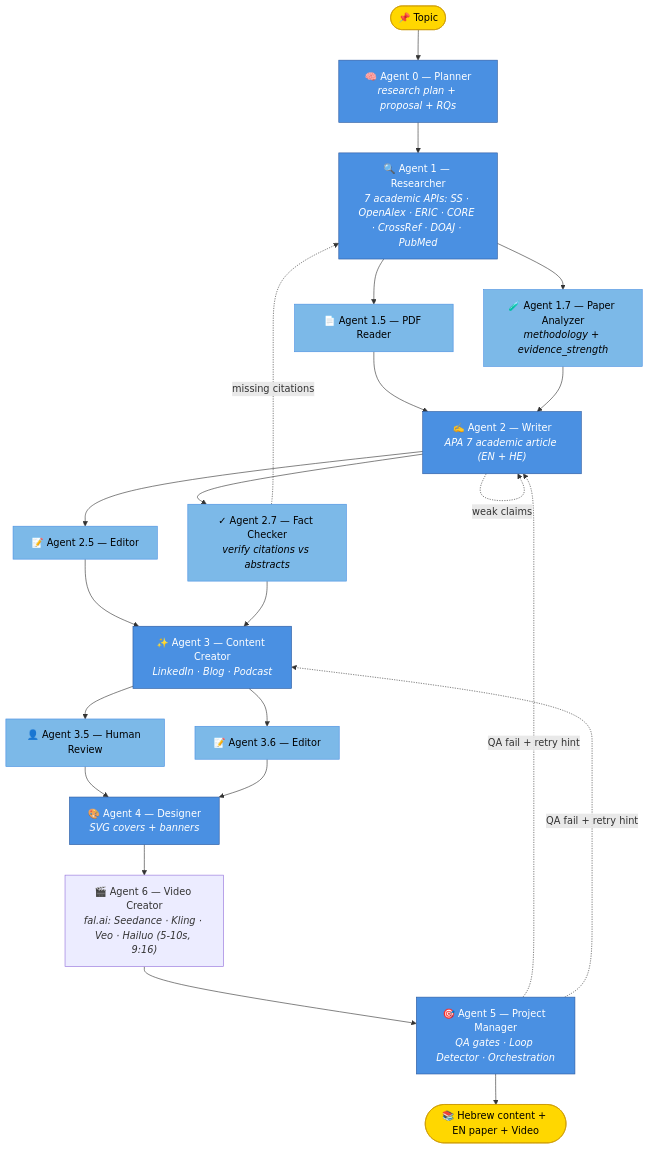
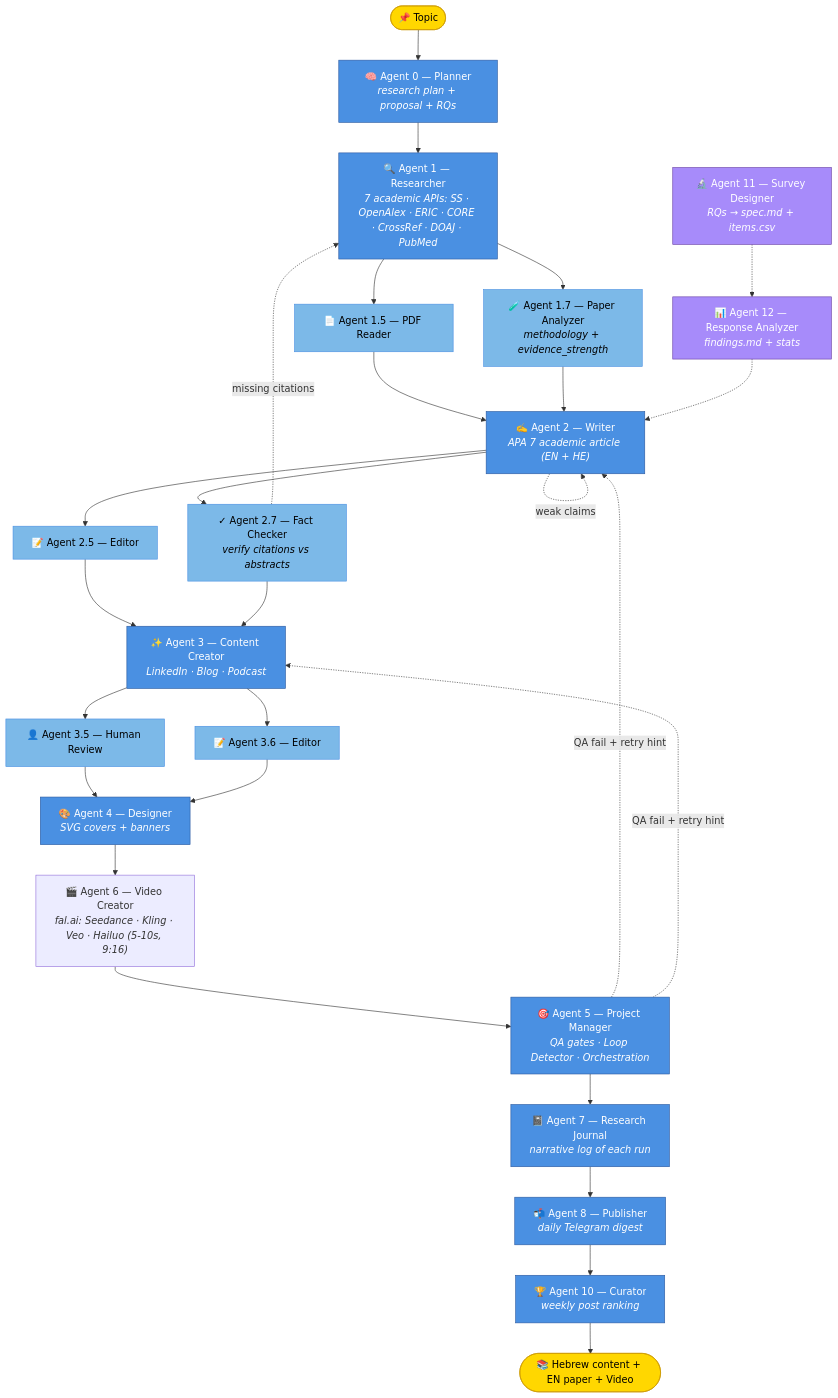
One commit to pazer30-jpg/education-agents changed the diagram in README.md. Above: the diagram before and after it, drawn with Mermaid. The commit also changed other lines of this file, not shown here.

First line of the commit message:
README: add autonomy / injection-defense / primary-research sections

````diff
--- a/README.md
+++ b/README.md
@@ -45,43 +46,53 @@
 ```mermaid
 flowchart TD
     Topic([📌 Topic]) --> A0
 
     A0["🧠 Agent 0 — Planner<br/><i>research plan + proposal + RQs</i>"] --> A1
     A1["🔍 Agent 1 — Researcher<br/><i>7 academic APIs: SS · OpenAlex · ERIC · CORE · CrossRef · DOAJ · PubMed</i>"]
     A1 --> A15["📄 Agent 1.5 — PDF Reader"]
     A1 --> A17["🧪 Agent 1.7 — Paper Analyzer<br/><i>methodology + evidence_strength</i>"]
     A15 --> A2
     A17 --> A2
 
     A2["✍️ Agent 2 — Writer<br/><i>APA 7 academic article (EN + HE)</i>"]
     A2 --> A25["📝 Agent 2.5 — Editor"]
     A2 --> A27["✓ Agent 2.7 — Fact Checker<br/><i>verify citations vs abstracts</i>"]
     A25 --> A3
     A27 --> A3
 
     A3["✨ Agent 3 — Content Creator<br/><i>LinkedIn · Blog · Podcast</i>"]
     A3 --> A35["👤 Agent 3.5 — Human Review"]
     A3 --> A36["📝 Agent 3.6 — Editor"]
     A35 --> A4
     A36 --> A4
 
     A4["🎨 Agent 4 — Designer<br/><i>SVG covers + banners</i>"]
     A4 --> A6
     A6["🎬 Agent 6 — Video Creator<br/><i>fal.ai: Seedance · Kling · Veo · Hailuo (5-10s, 9:16)</i>"]
     A6 --> A5
 
-    A5["🎯 Agent 5 — Project Manager<br/><i>QA gates · Loop Detector · Orchestration</i>"] --> Output([📚 Hebrew content + EN paper + Video])
+    A5["🎯 Agent 5 — Project Manager<br/><i>QA gates · Loop Detector · Orchestration</i>"] --> A7
+    A7["📓 Agent 7 — Research Journal<br/><i>narrative log of each run</i>"] --> A8
+    A8["📬 Agent 8 — Publisher<br/><i>daily Telegram digest</i>"]
+    A8 --> A10["🏆 Agent 10 — Curator<br/><i>weekly post ranking</i>"]
+    A10 --> Output([📚 Hebrew content + EN paper + Video])
+
+    %% Primary research branch (off-cycle, on-demand)
+    A11["🔬 Agent 11 — Survey Designer<br/><i>RQs → spec.md + items.csv</i>"] -.-> A12
+    A12["📊 Agent 12 — Response Analyzer<br/><i>findings.md + stats</i>"] -.-> A2
 
     %% Reciprocal feedback channels
     A27 -.->|"missing citations"| A1
     A2 -.->|"weak claims"| A2
     A5 -.->|"QA fail + retry hint"| A2
     A5 -.->|"QA fail + retry hint"| A3
 
     classDef agent fill:#4a90e2,stroke:#2c5aa0,color:#fff
     classDef sub fill:#7cb9e8,stroke:#4a90e2,color:#000
     classDef io fill:#ffd700,stroke:#cc9900,color:#000
-    class A0,A1,A2,A3,A4,A5 agent
+    classDef research fill:#a78bfa,stroke:#6940a5,color:#fff
+    class A0,A1,A2,A3,A4,A5,A7,A8,A10 agent
     class A15,A17,A25,A27,A35,A36 sub
+    class A11,A12 research
     class Topic,Output io
 ```
````
